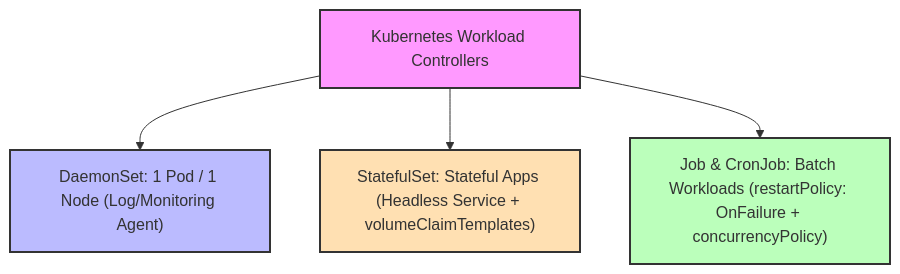
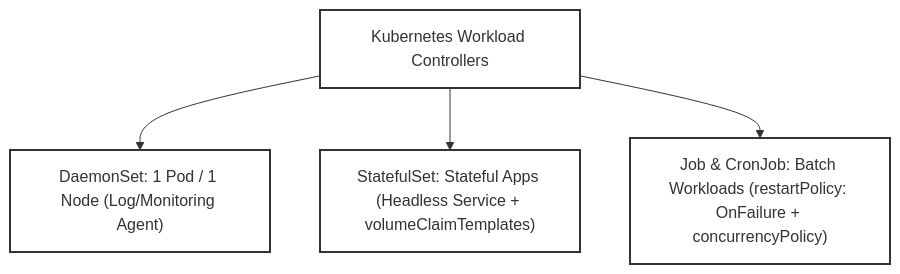
The second of 3 diagrams in _posts/2026-09-12-cka-16-16-daemonset-statefulset-job.md (kiennt308/ntk), drawn with Mermaid before and after one commit. The commit also changed other lines of this file and 207 other files, not shown here.

Commit message:
feat(posts): batch standardize all 208 posts with TL;DR, qa-card accordion, fill:none mermaid, and liquid raw wrappers

````diff
--- a/_posts/2026-09-12-cka-16-16-daemonset-statefulset-job.md
+++ b/_posts/2026-09-12-cka-16-16-daemonset-statefulset-job.md
@@ -402,11 +406,11 @@
 ```mermaid
 graph TD
     A["Kubernetes Workload Controllers"] --> B["DaemonSet: 1 Pod / 1 Node (Log/Monitoring Agent)"]
     A --> C["StatefulSet: Stateful Apps (Headless Service + volumeClaimTemplates)"]
     A --> D["Job & CronJob: Batch Workloads (restartPolicy: OnFailure + concurrencyPolicy)"]
 
-    style A fill:#f9f,stroke:#333,stroke-width:2px
-    style B fill:#bbf,stroke:#333,stroke-width:2px
-    style C fill:#ffe0b2,stroke:#333,stroke-width:2px
-    style D fill:#bfb,stroke:#333,stroke-width:2px
+    style A fill:none,stroke:#333,stroke-width:2px
+    style B fill:none,stroke:#333,stroke-width:2px
+    style C fill:none,stroke:#333,stroke-width:2px
+    style D fill:none,stroke:#333,stroke-width:2px
 ```
````
